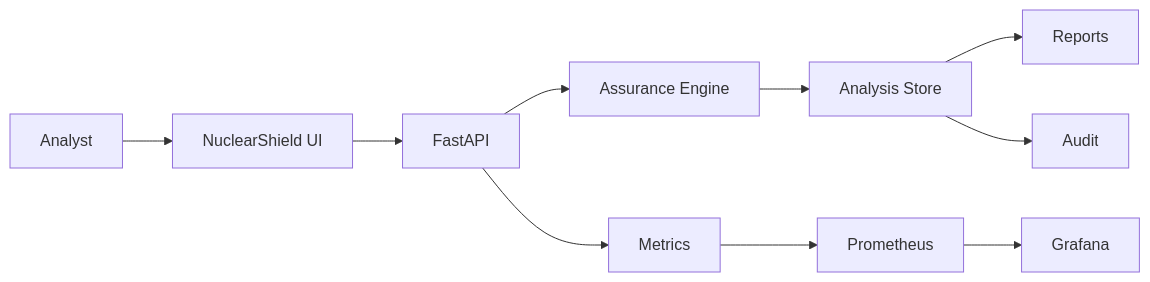
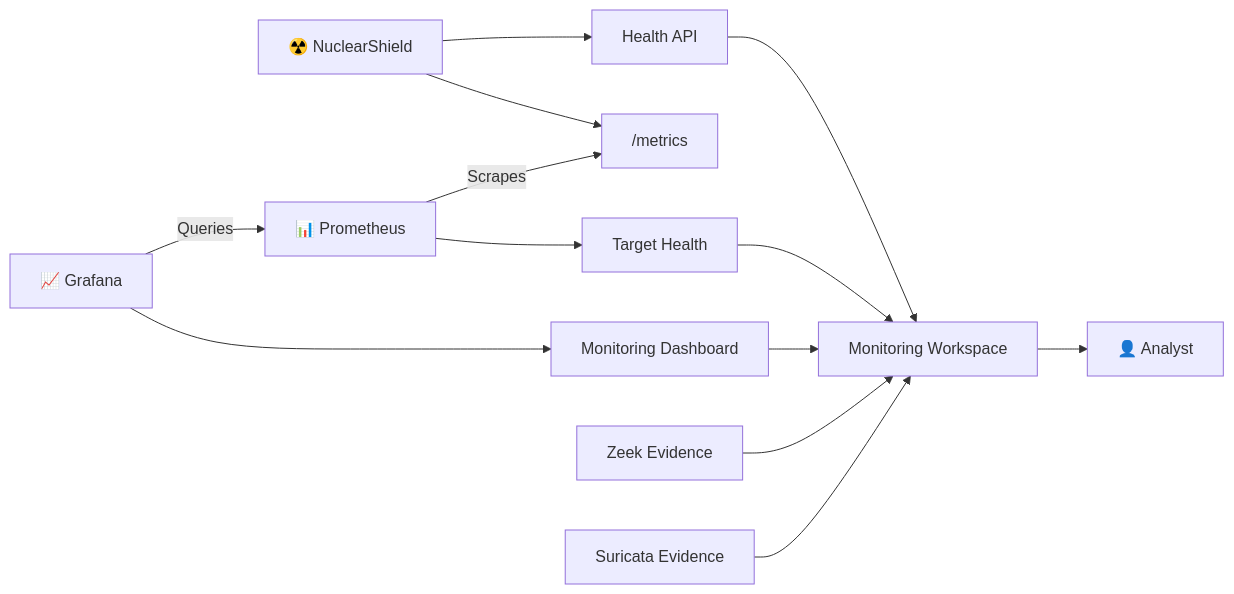
The fifth of 8 diagrams in README.md (ruveeha33/NuclearShield), drawn with Mermaid before and after one commit. The commit also changed other lines of this file, not shown here.

````diff
--- a/README.md
+++ b/README.md
@@ -202,14 +633,29 @@
 ```mermaid
 flowchart LR
-    U["Analyst"] --> UI["NuclearShield UI"]
-    UI --> API["FastAPI"]
-    API --> CORE["Assurance Engine"]
-    CORE --> STORE["Analysis Store"]
 
-    STORE --> REP["Reports"]
-    STORE --> AUD["Audit"]
+    APP["☢️ NuclearShield"]
 
-    API --> MET["Metrics"]
-    MET --> PROM["Prometheus"]
-    PROM --> GRAF["Grafana"]
+    APP --> HEALTH["Health API"]
+    APP --> MET["/metrics"]
+
+    PROM["📊 Prometheus"]
+    PROM -->|Scrapes| MET
+
+    GRAF["📈 Grafana"]
+    GRAF -->|Queries| PROM
+
+    PROM --> TARGET["Target Health"]
+    GRAF --> DASH["Monitoring Dashboard"]
+
+    ZEEK["Zeek Evidence"]
+    SURI["Suricata Evidence"]
+
+    ZEEK --> MON["Monitoring Workspace"]
+    SURI --> MON
+
+    HEALTH --> MON
+    TARGET --> MON
+    DASH --> MON
+
+    MON --> USER["👤 Analyst"]
 ```
````
